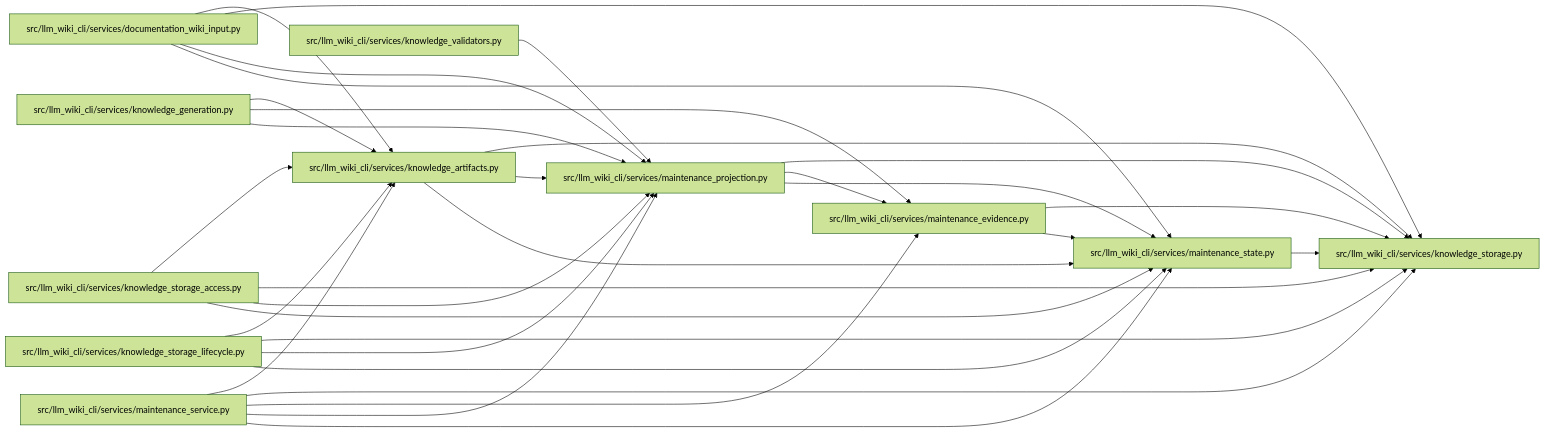
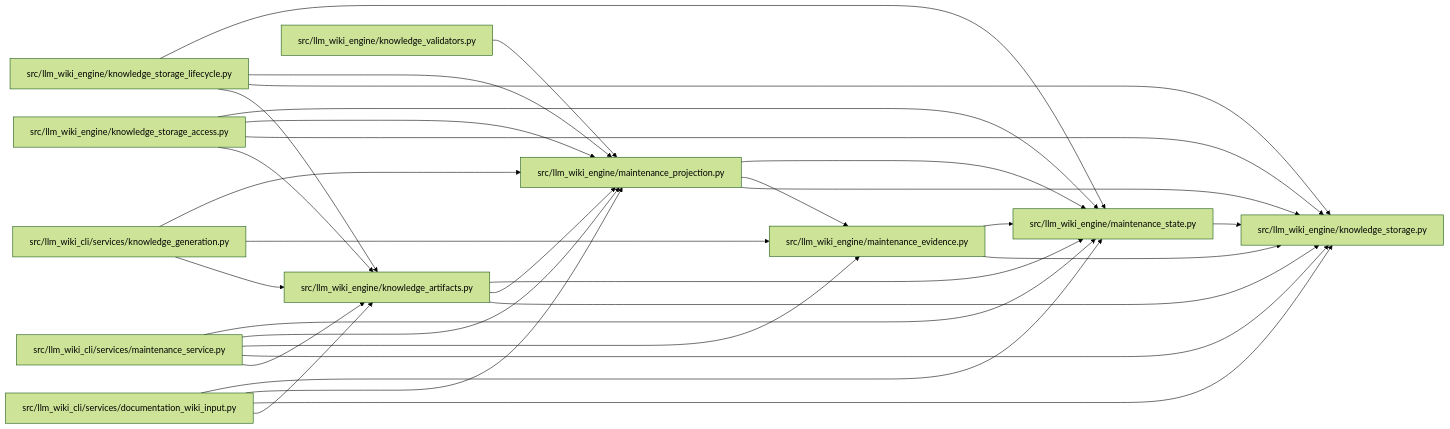
The diagram in docs/llm_wiki/modules/maintenance_projection.md (Denissvgn/python-wiki-llm), drawn with Mermaid (forest theme) before and after one commit. The commit also changed other lines of this file and 1058 other files, not shown here.

First line of the commit message:
docs: refresh the wiki for the knowledge store move

````diff
--- a/docs/llm_wiki/modules/maintenance_projection.md
+++ b/docs/llm_wiki/modules/maintenance_projection.md
@@ -25,55 +25,55 @@
 ```mermaid
 flowchart LR
     n0["src/llm_wiki_cli/services/documentation_wiki_input.py"]
-    n1["src/llm_wiki_cli/services/knowledge_artifacts.py"]
-    n2["src/llm_wiki_cli/services/knowledge_generation.py"]
-    n3["src/llm_wiki_cli/services/knowledge_storage.py"]
-    n4["src/llm_wiki_cli/services/knowledge_storage_access.py"]
-    n5["src/llm_wiki_cli/services/knowledge_storage_lifecycle.py"]
-    n6["src/llm_wiki_cli/services/knowledge_validators.py"]
-    n7["src/llm_wiki_cli/services/maintenance_evidence.py"]
-    n8["src/llm_wiki_cli/services/maintenance_projection.py"]
-    n9["src/llm_wiki_cli/services/maintenance_service.py"]
-    n10["src/llm_wiki_cli/services/maintenance_state.py"]
-    n0 --> n1
+    n1["src/llm_wiki_cli/services/knowledge_generation.py"]
+    n2["src/llm_wiki_cli/services/maintenance_service.py"]
+    n3["src/llm_wiki_engine/knowledge_artifacts.py"]
+    n4["src/llm_wiki_engine/knowledge_storage.py"]
+    n5["src/llm_wiki_engine/knowledge_storage_access.py"]
+    n6["src/llm_wiki_engine/knowledge_storage_lifecycle.py"]
+    n7["src/llm_wiki_engine/knowledge_validators.py"]
+    n8["src/llm_wiki_engine/maintenance_evidence.py"]
+    n9["src/llm_wiki_engine/maintenance_projection.py"]
+    n10["src/llm_wiki_engine/maintenance_state.py"]
     n0 --> n3
-    n0 --> n8
+    n0 --> n4
+    n0 --> n9
     n0 --> n10
     n1 --> n3
     n1 --> n8
-    n1 --> n10
-    n2 --> n1
-    n2 --> n7
+    n1 --> n9
+    n2 --> n3
+    n2 --> n4
     n2 --> n8
-    n4 --> n1
-    n4 --> n3
-    n4 --> n8
-    n4 --> n10
-    n5 --> n1
+    n2 --> n9
+    n2 --> n10
+    n3 --> n4
+    n3 --> n9
+    n3 --> n10
     n5 --> n3
-    n5 --> n8
+    n5 --> n4
+    n5 --> n9
     n5 --> n10
-    n6 --> n8
-    n7 --> n3
-    n7 --> n10
-    n8 --> n3
-    n8 --> n7
+    n6 --> n3
+    n6 --> n4
+    n6 --> n9
+    n6 --> n10
+    n7 --> n9
+    n8 --> n4
     n8 --> n10
-    n9 --> n1
-    n9 --> n3
-    n9 --> n7
+    n9 --> n4
     n9 --> n8
     n9 --> n10
-    n10 --> n3
+    n10 --> n4
     click n0 "../modules/documentation_wiki_input.md"
-    click n1 "../modules/knowledge_artifacts.md"
-    click n2 "../modules/knowledge_generation.md"
-    click n3 "../modules/knowledge_storage.md"
-    click n4 "../modules/knowledge_storage_access.md"
-    click n5 "../modules/knowledge_storage_lifecycle.md"
-    click n6 "../modules/knowledge_validators.md"
-    click n7 "../modules/maintenance_evidence.md"
-    click n8 "../modules/maintenance_projection.md"
-    click n9 "../modules/maintenance_service.md"
+    click n1 "../modules/knowledge_generation.md"
+    click n2 "../modules/maintenance_service.md"
+    click n3 "../modules/knowledge_artifacts.md"
+    click n4 "../modules/knowledge_storage.md"
+    click n5 "../modules/knowledge_storage_access.md"
+    click n6 "../modules/knowledge_storage_lifecycle.md"
+    click n7 "../modules/knowledge_validators.md"
+    click n8 "../modules/maintenance_evidence.md"
+    click n9 "../modules/maintenance_projection.md"
     click n10 "../modules/maintenance_state.md"
 ```
````
